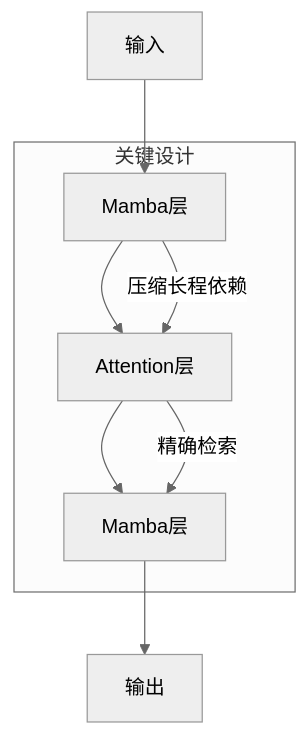
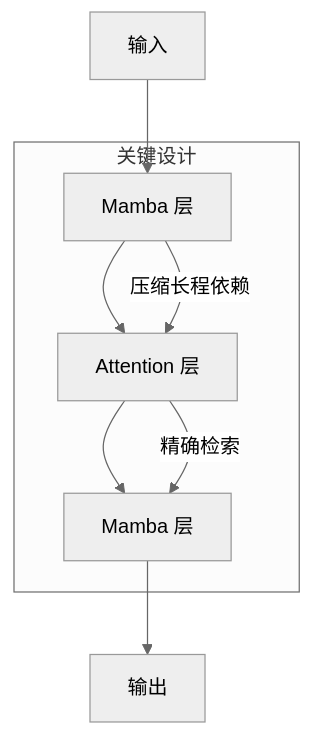
The third of 4 diagrams in 06AlgoData/03NewArch/07Mamba_V2.md (shawninhk/aiinfra), drawn with Mermaid (neutral theme) before and after one commit. The commit also changed other lines of this file and 92 other files, not shown here.

````diff
--- a/06AlgoData/03NewArch/07Mamba_V2.md
+++ b/06AlgoData/03NewArch/07Mamba_V2.md
@@ -216,12 +216,12 @@
 ```mermaid
 graph TD
-    I[输入] --> M[Mamba层]
-    M --> A[Attention层]
-    A --> M2[Mamba层]
+    I[输入] --> M[Mamba 层]
+    M --> A[Attention 层]
+    A --> M2[Mamba 层]
     M2 --> O[输出]
     
     subgraph 关键设计
         M -- 压缩长程依赖 --> A
         A -- 精确检索 --> M2
     end
 ```
````
